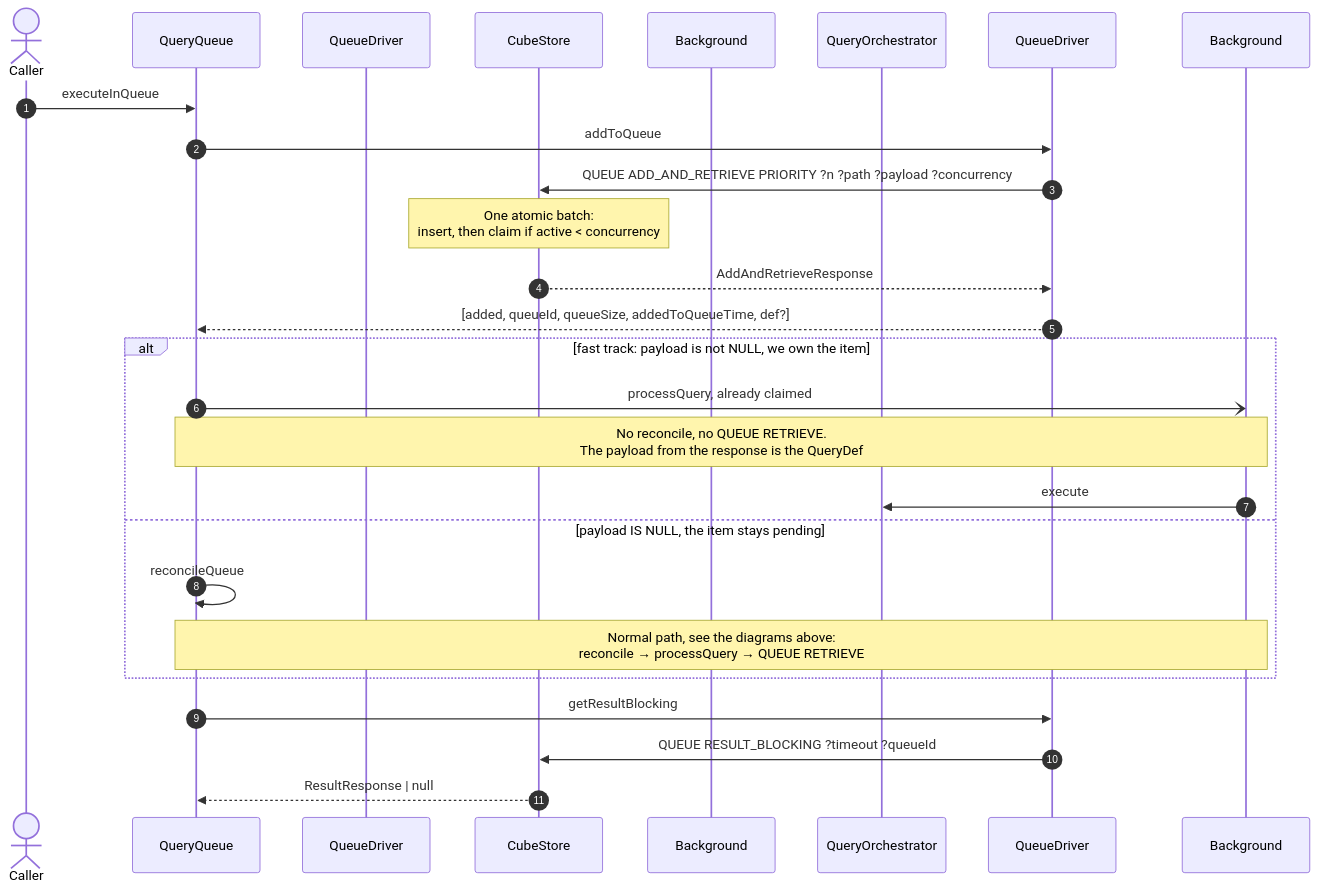
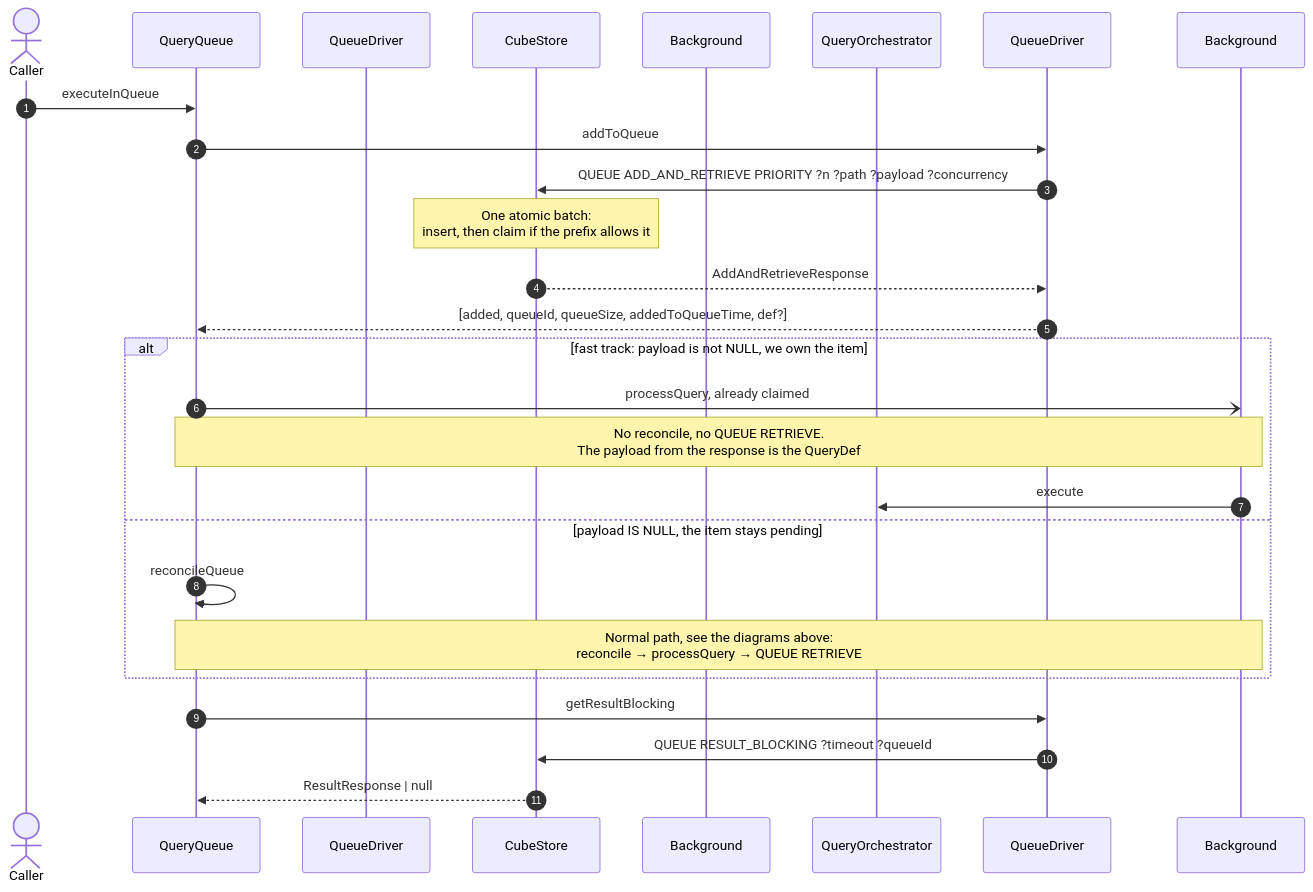
The fourth of 4 diagrams in packages/cubejs-query-orchestrator/DEVELOPMENT.md (cube-js/cube), drawn with Mermaid before and after one commit. The commit also changed other lines of this file and 2 other files, not shown here.

````diff
--- a/packages/cubejs-query-orchestrator/DEVELOPMENT.md
+++ b/packages/cubejs-query-orchestrator/DEVELOPMENT.md
@@ -252,31 +249,31 @@
 ```mermaid
 sequenceDiagram
     autonumber
     actor Caller
     participant QueryQueue
     participant QueueDriverInterface as QueueDriver
     participant CubeStore
     participant BackgroundQueryQueue as Background
     participant QueryOrchestrator
 
     Caller->>QueryQueue: executeInQueue
     QueryQueue->>QueueDriver: addToQueue
 
     QueueDriver->>CubeStore: QUEUE ADD_AND_RETRIEVE PRIORITY ?n ?path ?payload ?concurrency
-    Note over CubeStore: One atomic batch:<br/>insert, then claim if active < concurrency
+    Note over CubeStore: One atomic batch:<br/>insert, then claim if the prefix allows it
     CubeStore-->>QueueDriver: AddAndRetrieveResponse
     QueueDriver-->>QueryQueue: [added, queueId, queueSize, addedToQueueTime, def?]
 
     alt fast track: payload is not NULL, we own the item
         QueryQueue-)Background: processQuery, already claimed
         Note over QueryQueue,Background: No reconcile, no QUEUE RETRIEVE.<br/>The payload from the response is the QueryDef
         Background->>QueryOrchestrator: execute
     else payload IS NULL, the item stays pending
         QueryQueue->>QueryQueue: reconcileQueue
         Note over QueryQueue,Background: Normal path, see the diagrams above:<br/>reconcile → processQuery → QUEUE RETRIEVE
     end
 
     QueryQueue->>QueueDriver: getResultBlocking
     QueueDriver->>CubeStore: QUEUE RESULT_BLOCKING ?timeout ?queueId
     CubeStore-->>QueryQueue: ResultResponse | null
 ```
````
